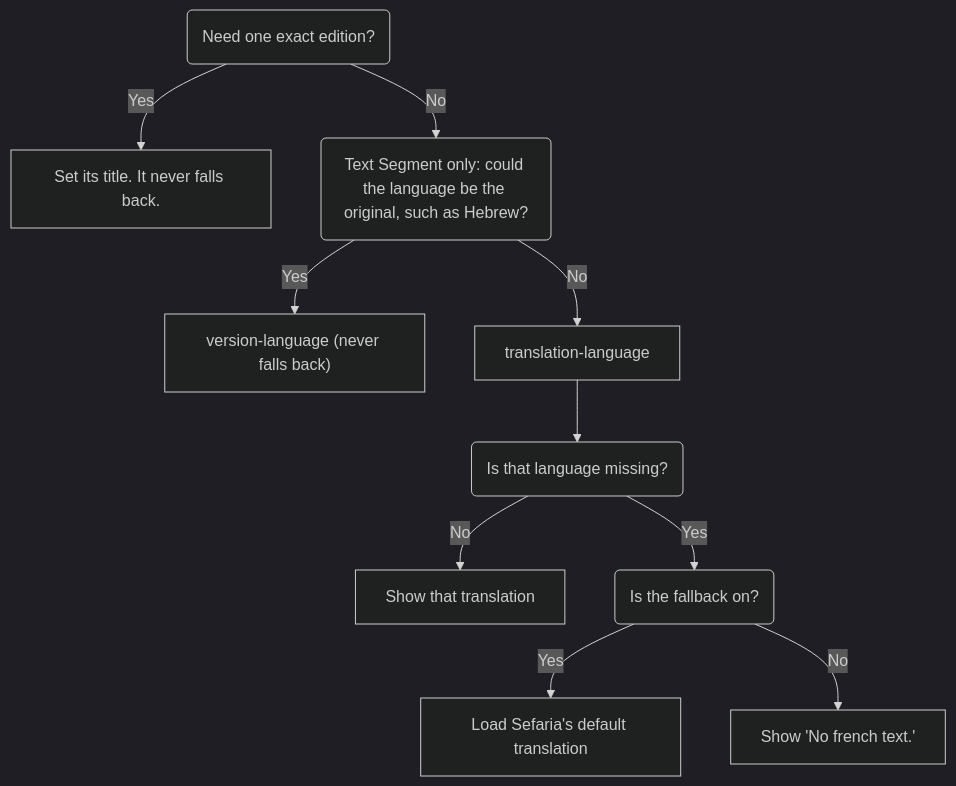
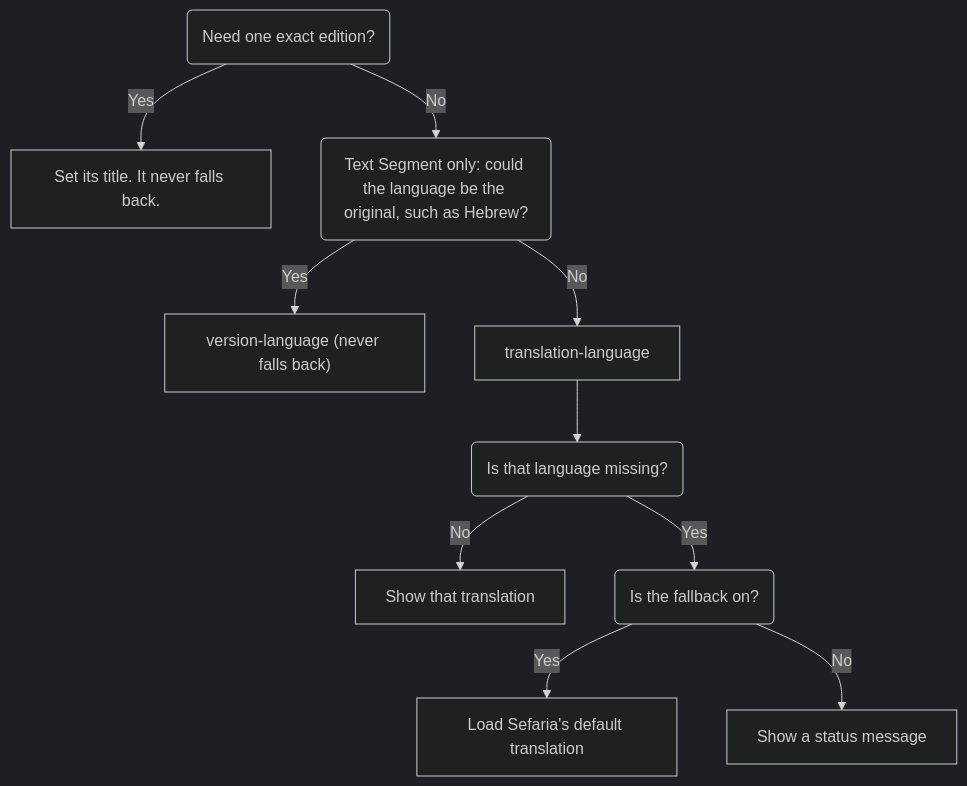
One commit to Arithmomaniac/sefaria-frontend-toolkit changed the diagram in docs/across-components/choose-what-text-readers-see.md. Above: the diagram before and after it, drawn with Mermaid (dark theme). The commit also changed other lines of this file and 10 other files, not shown here.

````diff
--- a/docs/across-components/choose-what-text-readers-see.md
+++ b/docs/across-components/choose-what-text-readers-see.md
@@ -30,12 +30,12 @@
 ```mermaid
 flowchart TD
   Q1("Need one exact edition?") -->|Yes| A1["Set its title. It never falls back."]
   Q1 -->|No| Q2("Text Segment only: could the language be the original, such as Hebrew?")
   Q2 -->|Yes| A2["version-language (never falls back)"]
   Q2 -->|No| A3["translation-language"]
   A3 --> Q3("Is that language missing?")
   Q3 -->|No| A4["Show that translation"]
   Q3 -->|Yes| Q4("Is the fallback on?")
   Q4 -->|Yes| A5["Load Sefaria's default translation"]
-  Q4 -->|No| A6["Show 'No french text.'"]
+  Q4 -->|No| A6["Show a status message"]
 ```
````
